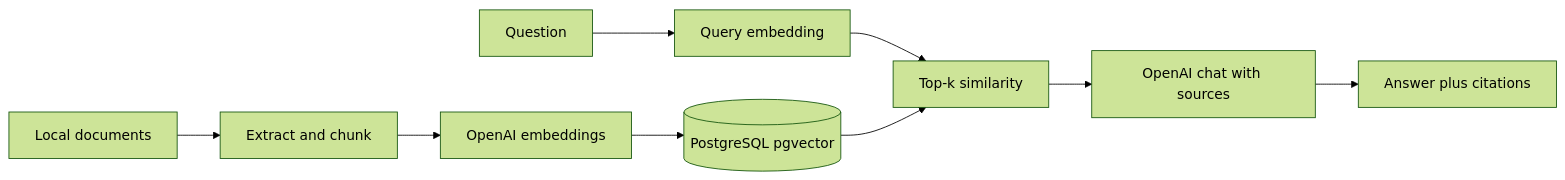
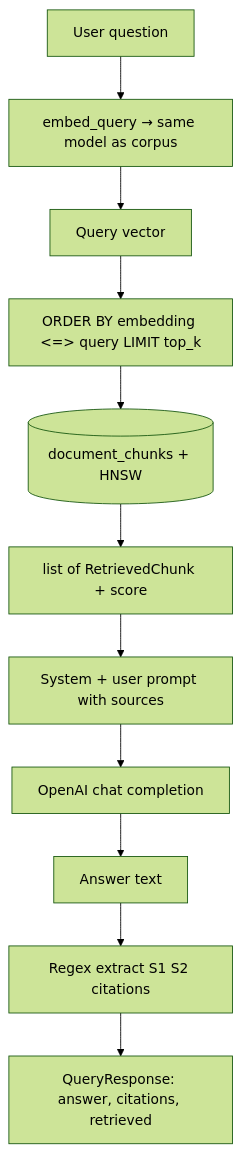
Before and after one commit to adityaanilraut/RetrievalAugmentedGeneration-RAG-: the second of 3 diagrams in README.md, drawn with Mermaid (forest theme). The commit also changed other lines of this file, not shown here.

Commit message:
Expand README architecture: layers, ingest/query flows, data model

````diff
--- a/README.md
+++ b/README.md
@@ -7,11 +61,14 @@
 ```mermaid
-flowchart LR
-  Docs[Local documents] --> Ingest[Extract and chunk]
-  Ingest --> Embed[OpenAI embeddings]
-  Embed --> PG[(PostgreSQL pgvector)]
-  Q[Question] --> QEmb[Query embedding]
-  QEmb --> Search[Top-k similarity]
-  PG --> Search
-  Search --> Gen[OpenAI chat with sources]
-  Gen --> Out[Answer plus citations]
+flowchart TB
+  Q[User question]
+  Q --> QEMB[embed_query → same model as corpus]
+  QEMB --> VEC[Query vector]
+  VEC --> SQL["ORDER BY embedding <=> query LIMIT top_k"]
+  SQL --> PG[(document_chunks + HNSW)]
+  PG --> CHUNKS[list of RetrievedChunk + score]
+  CHUNKS --> PROMPT[System + user prompt with sources]
+  PROMPT --> CHAT[OpenAI chat completion]
+  CHAT --> ANSWER[Answer text]
+  ANSWER --> PARSE[Regex extract S1 S2 citations]
+  PARSE --> OUT[QueryResponse: answer, citations, retrieved]
 ```
````
